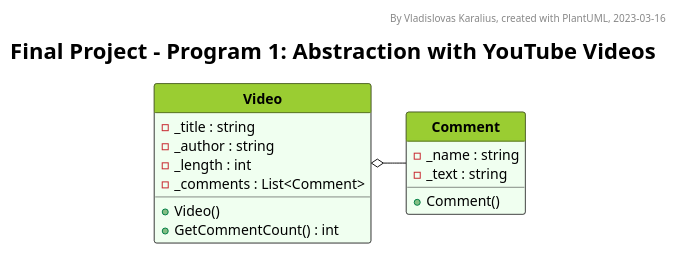
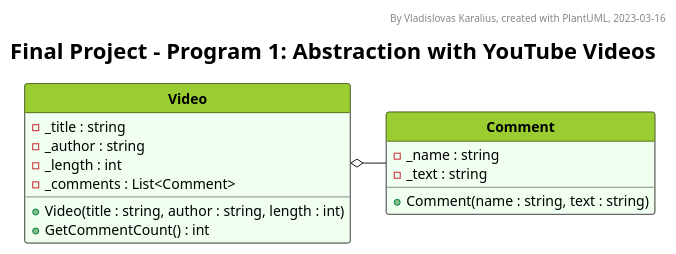
The diagram in final/Foundation1/UML_diagram.pu (VladKaralius/cse210-projects), drawn with PlantUML before and after one commit. The commit also changed 3 other files, not shown here.

```diff
--- a/final/Foundation1/UML_diagram.pu
+++ b/final/Foundation1/UML_diagram.pu
@@ -1,90 +1,90 @@
 @startuml UML_diagram
 
 '--Formatting options--
 hide circle
 hide empty members
 'skinparam classAttributeIconSize 0
 skinparam style strictuml
 'skinparam groupInheritance 2
 'skinparam linetype ortho
 'skinparam Nodesep 15
 'skinparam Ranksep 25
 'left to right direction
 
 '--Styling--
 'skinparam BackgroundColor White/LightGreen
 skinparam TitleFontSize 22
 
 <style>
 classDiagram {
   class {
     '-attributes and methods-
     'FontSize 14
     'FontColor black
     'BackgroundColor #fefece
     BackgroundColor #f0fff0
     'RoundCorner 0
     '-class name-
     header {
       'FontSize 12
       'FontColor Black
       FontStyle bold
       BackgroundColor YellowGreen
     }
   }
   note {
     BackgroundColor Yellow
   }
   legend {
     FontSize 18
   }
 </style>
 
 '--Header, title, caption--
 header By Vladislovas Karalius, created with PlantUML, 2023-03-16
 title Final Project - Program 1: Abstraction with YouTube Videos
 'caption <:warning:>Constructors without parameters are not shown in this diagram
 
 ' Dummy class that explains visibility symbols
 ' class Markers #dddddd {
 ' Attributes
 ' ..
 ' - private
 ' # protected
 ' + public
 ' {static} static
 ' --
 ' Methods
 ' ..
 ' - private()
 ' # protected()
 ' + public()
 ' {static} static()
 ' }
 
 '--Main--
 class Video {
   - _title : string
   - _author : string
   - _length : int
   - _comments : List<Comment>
-  + Video()
+  + Video(title : string, author : string, length : int)
   + GetCommentCount() : int
 }
 
 class Comment {
   - _name : string
   - _text : string
-  + Comment()
+  + Comment(name : string, text : string)
 }
 
 Video o- Comment
 
 '--Description--
 ' legend bottom
 ' <size:22>__**Core Requirements**__
 ' The program has one base class **Activity**. This class contains the attributes and methods
 ' that are common to all activities. Certain functions are put into separate classes as follows:
 ' endlegend
 
 @enduml
```
